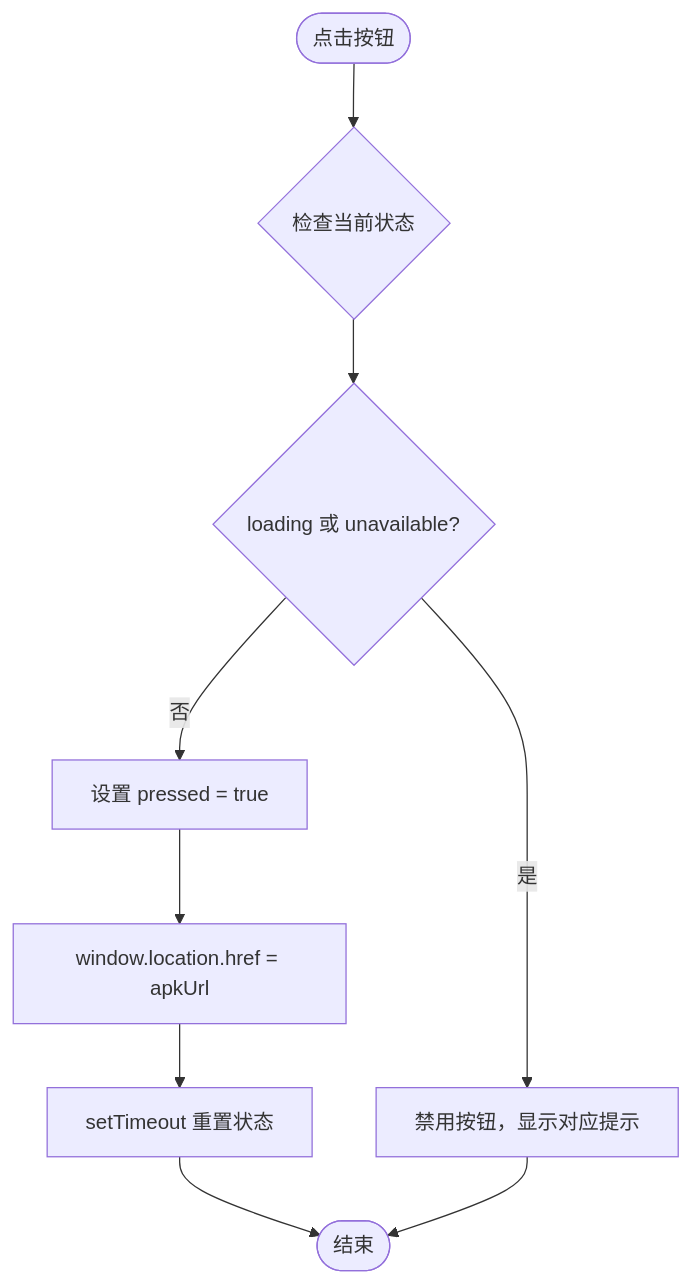
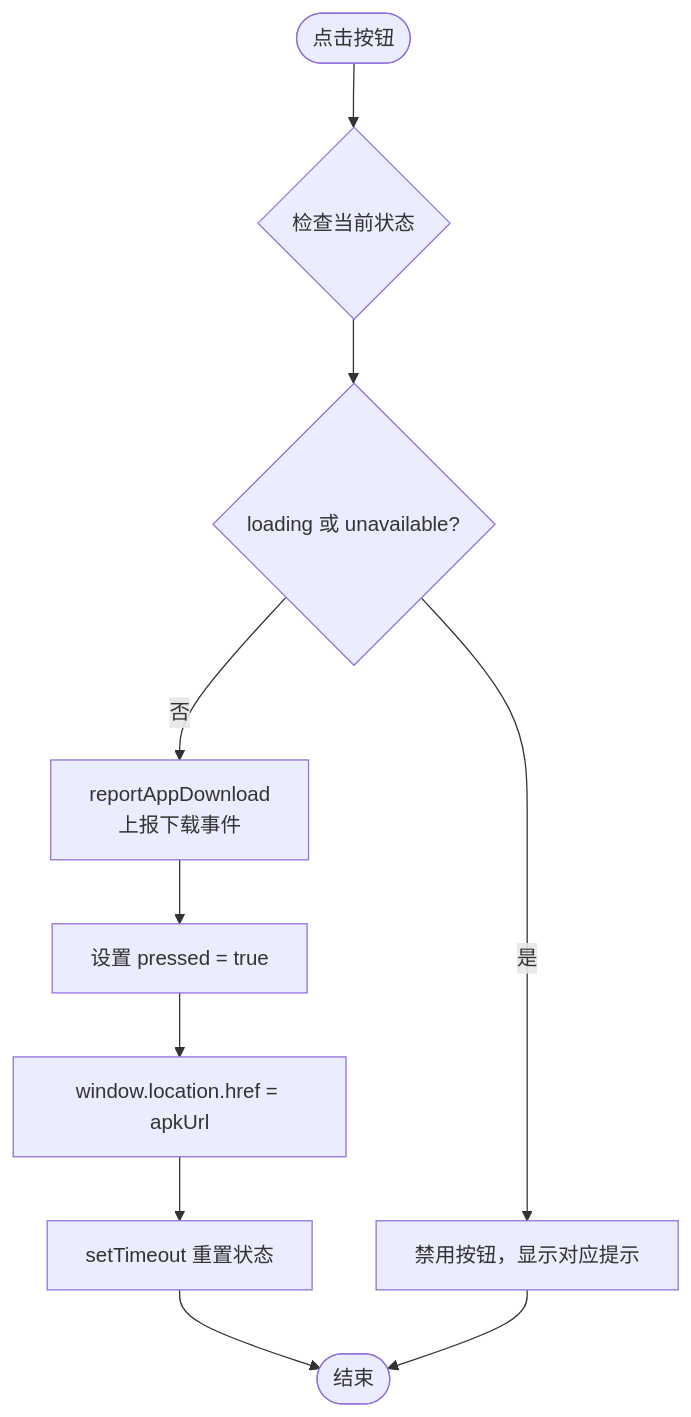
The sixth of 9 diagrams in .qoder/repowiki/zh/content/架构设计/组件架构设计/页面组件/应用下载落地页.md (BlackWhiteBlock/med-vault-website), drawn with Mermaid before and after one commit. The commit also changed other lines of this file and 2 other files, not shown here.

````diff
--- a/.qoder/repowiki/zh/content/架构设计/组件架构设计/页面组件/应用下载落地页.md
+++ b/.qoder/repowiki/zh/content/架构设计/组件架构设计/页面组件/应用下载落地页.md
@@ -246,11 +302,12 @@
 ```mermaid
 flowchart TD
 Start(["点击按钮"]) --> CheckState{"检查当前状态"}
 CheckState --> Loading{"loading 或 unavailable?"}
 Loading -- 是 --> Disabled["禁用按钮，显示对应提示"]
-Loading -- 否 --> SetPressed["设置 pressed = true"]
+Loading -- 否 --> Report["reportAppDownload<br/>上报下载事件"]
+Report --> SetPressed["设置 pressed = true"]
 SetPressed --> Navigate["window.location.href = apkUrl"]
 Navigate --> Timer["setTimeout 重置状态"]
 Timer --> End(["结束"])
 Disabled --> End
 ```
````
